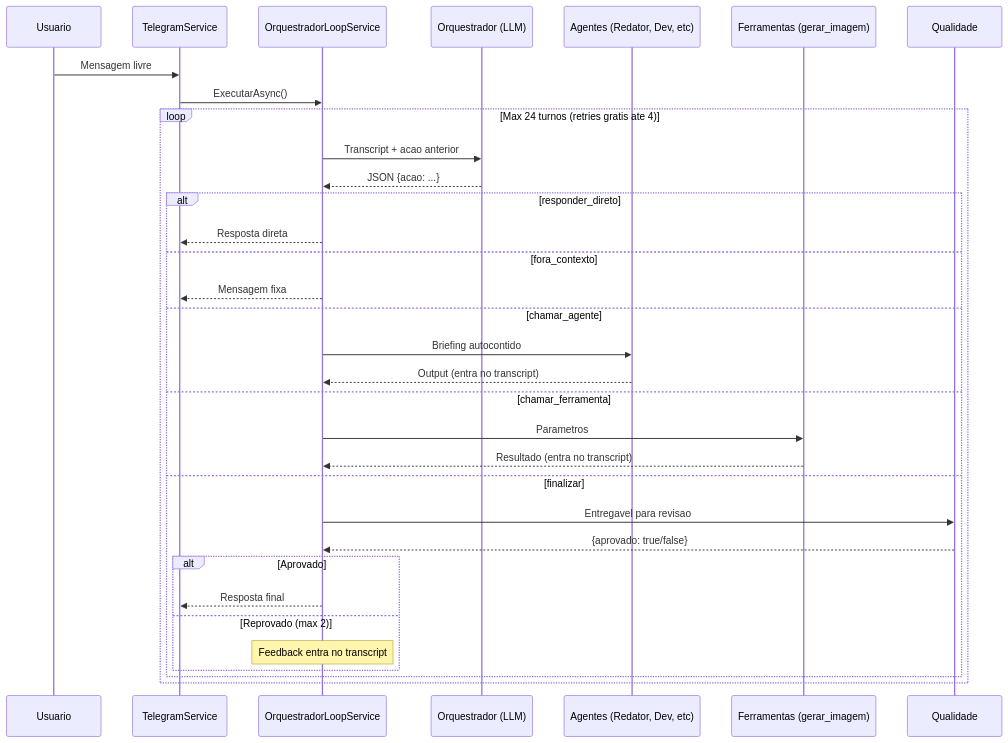
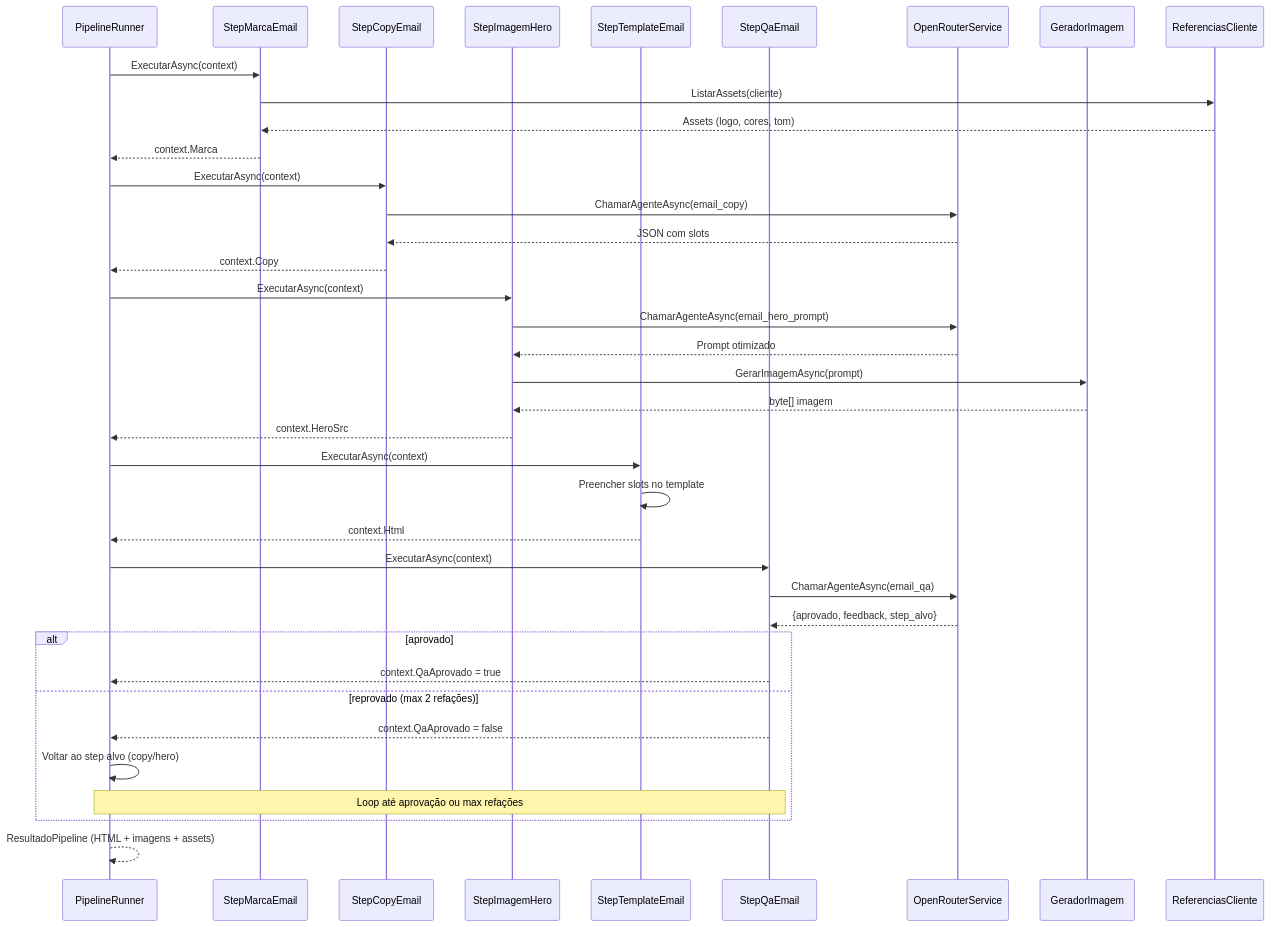
Before and after one commit to joaopedro-marques/suspira.fluxo.demo: the third of 6 diagrams in docs/ARCHITECTURE.md, drawn with Mermaid. The commit also changed other lines of this file and 2 other files, not shown here.

First line of the commit message:
docs: atualiza documentação para arquitetura router + pipelines

````diff
--- a/docs/ARCHITECTURE.md
+++ b/docs/ARCHITECTURE.md
@@ -133,38 +125,47 @@
 ```mermaid
 sequenceDiagram
-    participant U as Usuario
-    participant T as TelegramService
-    participant L as OrquestradorLoopService
-    participant O as Orquestrador (LLM)
-    participant A as Agentes (Redator, Dev, etc)
-    participant F as Ferramentas (gerar_imagem)
-    participant Q as Qualidade
-
-    U->>T: Mensagem livre
-    T->>L: ExecutarAsync()
-
-    loop Max 24 turnos (retries gratis ate 4)
-        L->>O: Transcript + acao anterior
-        O-->>L: JSON {acao: ...}
-
-        alt responder_direto
-            L-->>T: Resposta direta
-        else fora_contexto
-            L-->>T: Mensagem fixa
-        else chamar_agente
-            L->>A: Briefing autocontido
-            A-->>L: Output (entra no transcript)
-        else chamar_ferramenta
-            L->>F: Parametros
-            F-->>L: Resultado (entra no transcript)
-        else finalizar
-            L->>Q: Entregavel para revisao
-            Q-->>L: {aprovado: true/false}
-            alt Aprovado
-                L-->>T: Resposta final
-            else Reprovado (max 2)
-                Note over L: Feedback entra no transcript
-            end
-        end
+    participant PR as PipelineRunner
+    participant SM as StepMarcaEmail
+    participant SC as StepCopyEmail
+    participant SH as StepImagemHero
+    participant ST as StepTemplateEmail
+    participant SQ as StepQaEmail
+    participant OR as OpenRouterService
+    participant GI as GeradorImagem
+    participant RC as ReferenciasCliente
+    
+    PR->>SM: ExecutarAsync(context)
+    SM->>RC: ListarAssets(cliente)
+    RC-->>SM: Assets (logo, cores, tom)
+    SM-->>PR: context.Marca
+    
+    PR->>SC: ExecutarAsync(context)
+    SC->>OR: ChamarAgenteAsync(email_copy)
+    OR-->>SC: JSON com slots
+    SC-->>PR: context.Copy
+    
+    PR->>SH: ExecutarAsync(context)
+    SH->>OR: ChamarAgenteAsync(email_hero_prompt)
+    OR-->>SH: Prompt otimizado
+    SH->>GI: GerarImagemAsync(prompt)
+    GI-->>SH: byte[] imagem
+    SH-->>PR: context.HeroSrc
+    
+    PR->>ST: ExecutarAsync(context)
+    ST->>ST: Preencher slots no template
+    ST-->>PR: context.Html
+    
+    PR->>SQ: ExecutarAsync(context)
+    SQ->>OR: ChamarAgenteAsync(email_qa)
+    OR-->>SQ: {aprovado, feedback, step_alvo}
+    
+    alt aprovado
+        SQ-->>PR: context.QaAprovado = true
+    else reprovado (max 2 refações)
+        SQ-->>PR: context.QaAprovado = false
+        PR->>PR: Voltar ao step alvo (copy/hero)
+        Note over PR,SQ: Loop até aprovação ou max refações
     end
+    
+    PR-->>PR: ResultadoPipeline (HTML + imagens + assets)
 ```
````
